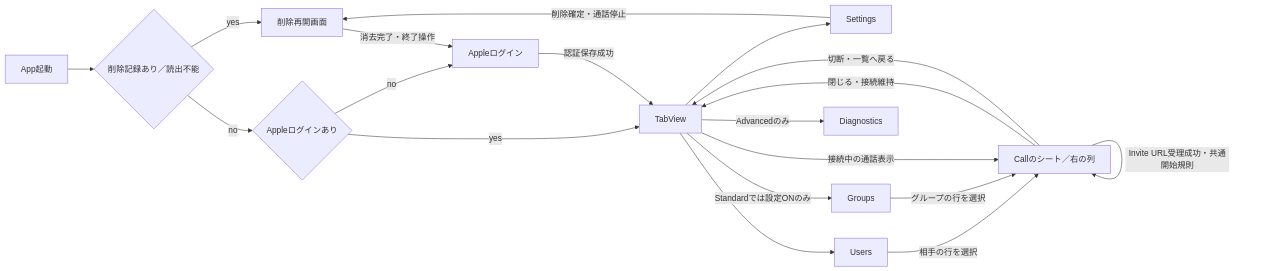
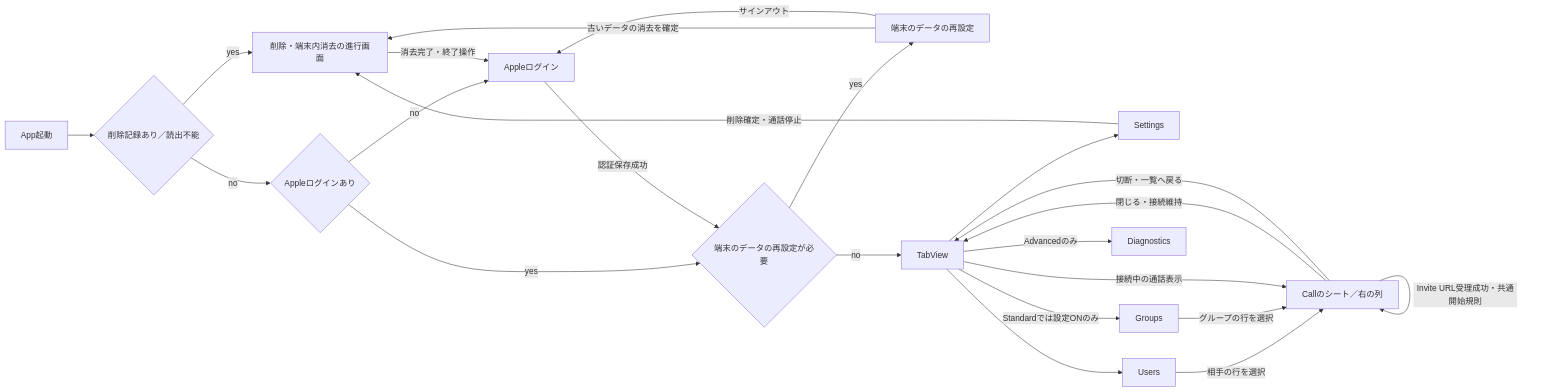
One commit to eroccowaruico/RideCom changed the first of 5 diagrams in docs/spec/App/UI/画面・状態遷移.md. Above: the diagram before and after it, drawn with Mermaid. The commit also changed other lines of this file and 2 other files, not shown here.

Commit message:
起動と通話の画面遷移を一つの定義にまとめる
指示の要約：仕様全体の第2回レビューで確認した、起動・通話・招待の旧仕様を整理する。
目的：廃止したCallタブや別通話への自動切替を復活させず、戻り先とURL別の動作を再現できるようにする。
変更内容
- 両表示の起動、通話を開く操作、直前のタブへ戻る条件を画面・状態遷移に集約する。
- 参加招待と個人登録の招待・返信を区別し、既存通話を保つ条件と失敗時の扱いを記す。
- 端末データの再設定と通話アクセサリの分岐を現行コードに揃える。

````diff
--- a/docs/spec/App/UI/画面・状態遷移.md
+++ b/docs/spec/App/UI/画面・状態遷移.md
@@ -17,22 +19,26 @@
 ```mermaid
 flowchart LR
     A[App起動] --> P{削除記録あり／読出不能}
-    P -- yes --> Q[削除再開画面]
+    P -- yes --> Q[削除・端末内消去の進行画面]
     P -- no --> L{Appleログインあり}
-    L -- yes --> B[TabView]
+    L -- yes --> X{端末のデータの再設定が必要}
     L -- no --> S[Appleログイン]
-    S -- 認証保存成功 --> B
+    S -- 認証保存成功 --> X
+    X -- yes --> R[端末のデータの再設定]
+    X -- no --> B[TabView]
+    R -- 古いデータの消去を確定 --> Q
+    R -- サインアウト --> S
     E -- 削除確定・通話停止 --> Q
     Q -- 消去完了・終了操作 --> S
     B --> U[Users]
     B -- Standardでは設定ONのみ --> G[Groups]
     B -- Advancedのみ --> D[Diagnostics]
     B --> E[Settings]
 
     U -- 相手の行を選択 --> H[Callのシート／右の列]
     G -- グループの行を選択 --> H
     B -- 接続中の通話表示 --> H
     H -- 閉じる・接続維持 --> B
     H -- 切断・一覧へ戻る --> B
     H -- Invite URL受理成功・共通開始規則 --> H
 ```
````
